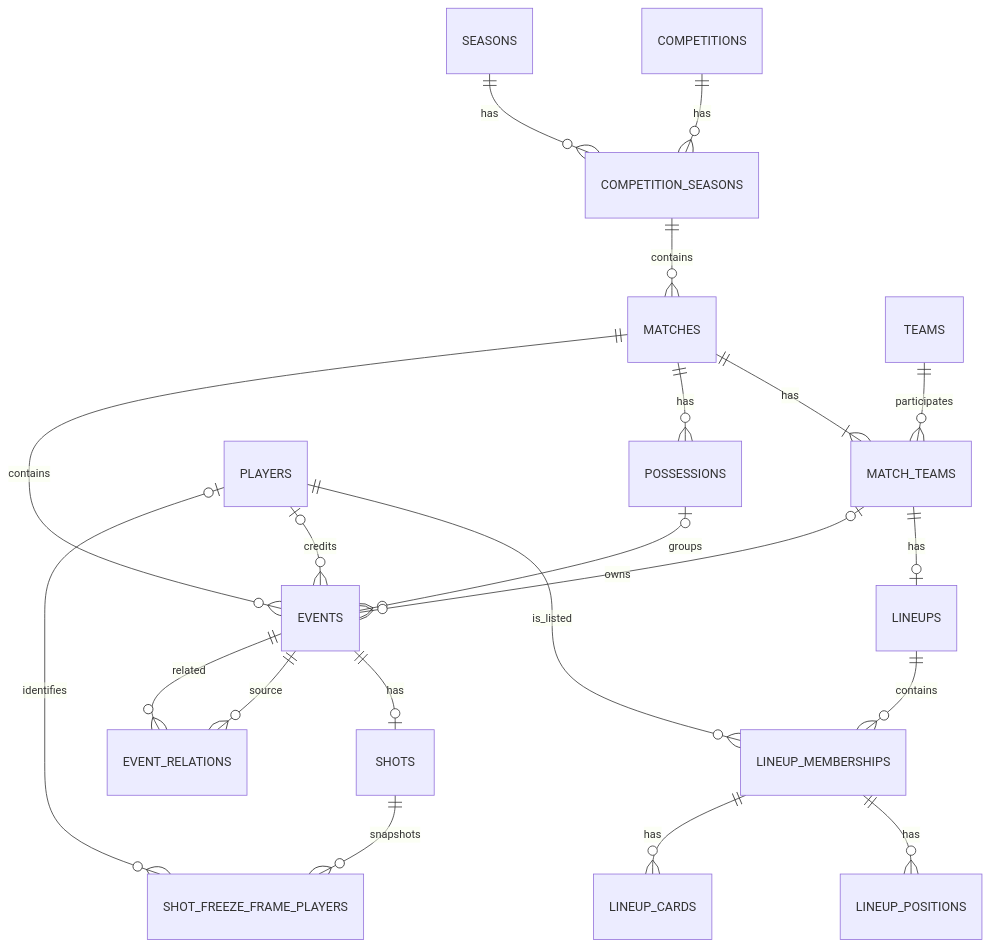
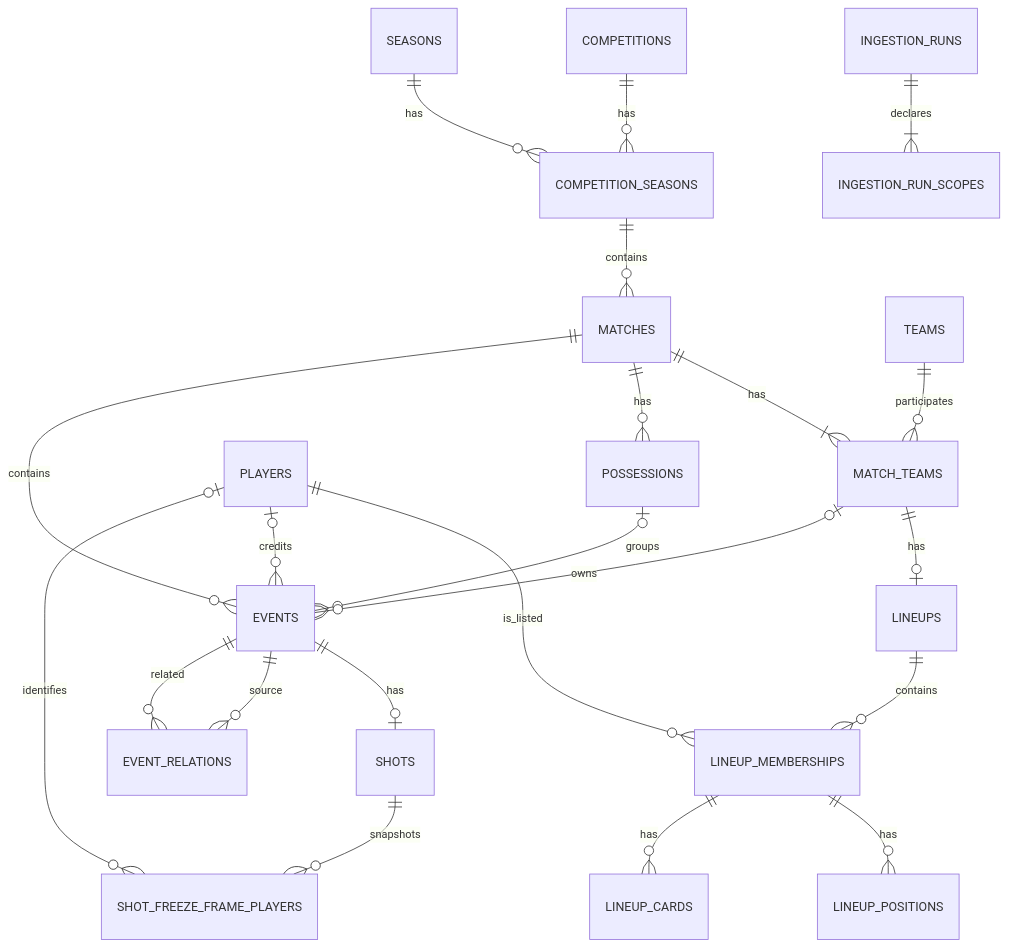
One commit to utkuvibing/touchline-intelligence changed the diagram in docs/SCHEMA.md. Above: the diagram before and after it, drawn with Mermaid. The commit also changed other lines of this file and 31 other files, not shown here.

````diff
--- a/docs/SCHEMA.md
+++ b/docs/SCHEMA.md
@@ -9,23 +10,24 @@
 ```mermaid
 erDiagram
     COMPETITIONS ||--o{ COMPETITION_SEASONS : has
     SEASONS ||--o{ COMPETITION_SEASONS : has
     COMPETITION_SEASONS ||--o{ MATCHES : contains
     MATCHES ||--|{ MATCH_TEAMS : has
     TEAMS ||--o{ MATCH_TEAMS : participates
     MATCH_TEAMS ||--o| LINEUPS : has
     LINEUPS ||--o{ LINEUP_MEMBERSHIPS : contains
     PLAYERS ||--o{ LINEUP_MEMBERSHIPS : is_listed
     LINEUP_MEMBERSHIPS ||--o{ LINEUP_POSITIONS : has
     LINEUP_MEMBERSHIPS ||--o{ LINEUP_CARDS : has
     MATCHES ||--o{ POSSESSIONS : has
     MATCHES ||--o{ EVENTS : contains
     POSSESSIONS o|--o{ EVENTS : groups
     MATCH_TEAMS o|--o{ EVENTS : owns
     PLAYERS o|--o{ EVENTS : credits
     EVENTS ||--o| SHOTS : has
     SHOTS ||--o{ SHOT_FREEZE_FRAME_PLAYERS : snapshots
     PLAYERS o|--o{ SHOT_FREEZE_FRAME_PLAYERS : identifies
     EVENTS ||--o{ EVENT_RELATIONS : source
     EVENTS ||--o{ EVENT_RELATIONS : related
+    INGESTION_RUNS ||--|{ INGESTION_RUN_SCOPES : declares
 ```
````
